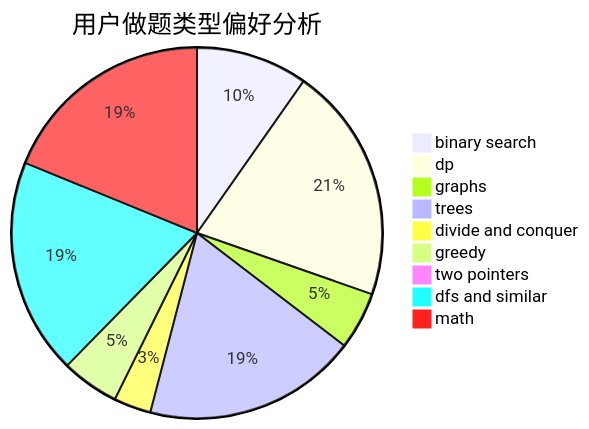
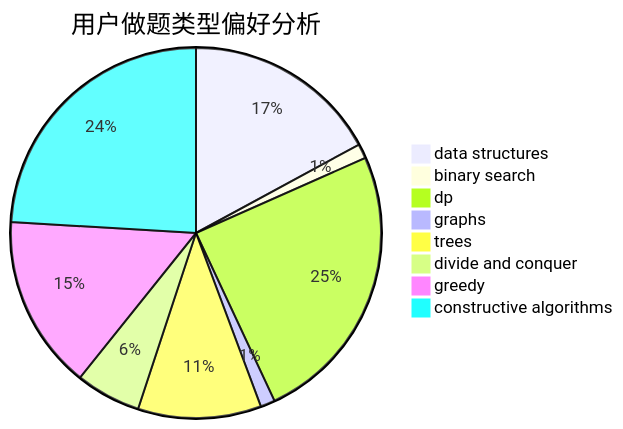
One commit to sherpahu/cfrs.github.io changed the second of 3 diagrams in docs/user/u1355.md. Above: the diagram before and after it, drawn with Mermaid. The commit also changed other lines of this file and 2775 other files, not shown here.

````diff
--- a/docs/user/u1355.md
+++ b/docs/user/u1355.md
@@ -23,12 +23,11 @@
 ```mermaid
 pie title 用户做题类型偏好分析
-    "binary search" :  60
-    "dp" :  127
-    "graphs" :  31
-    "trees" :  115
-    "divide and conquer" :  20
-    "greedy" :  31
-    "two pointers" :  0
-    "dfs and similar" :  116
-    "math" :  116
+    "data structures" :  27
+    "binary search" :  2
+    "dp" :  39
+    "graphs" :  2
+    "trees" :  17
+    "divide and conquer" :  9
+    "greedy" :  24
+    "constructive algorithms" :  38
 ```
````
